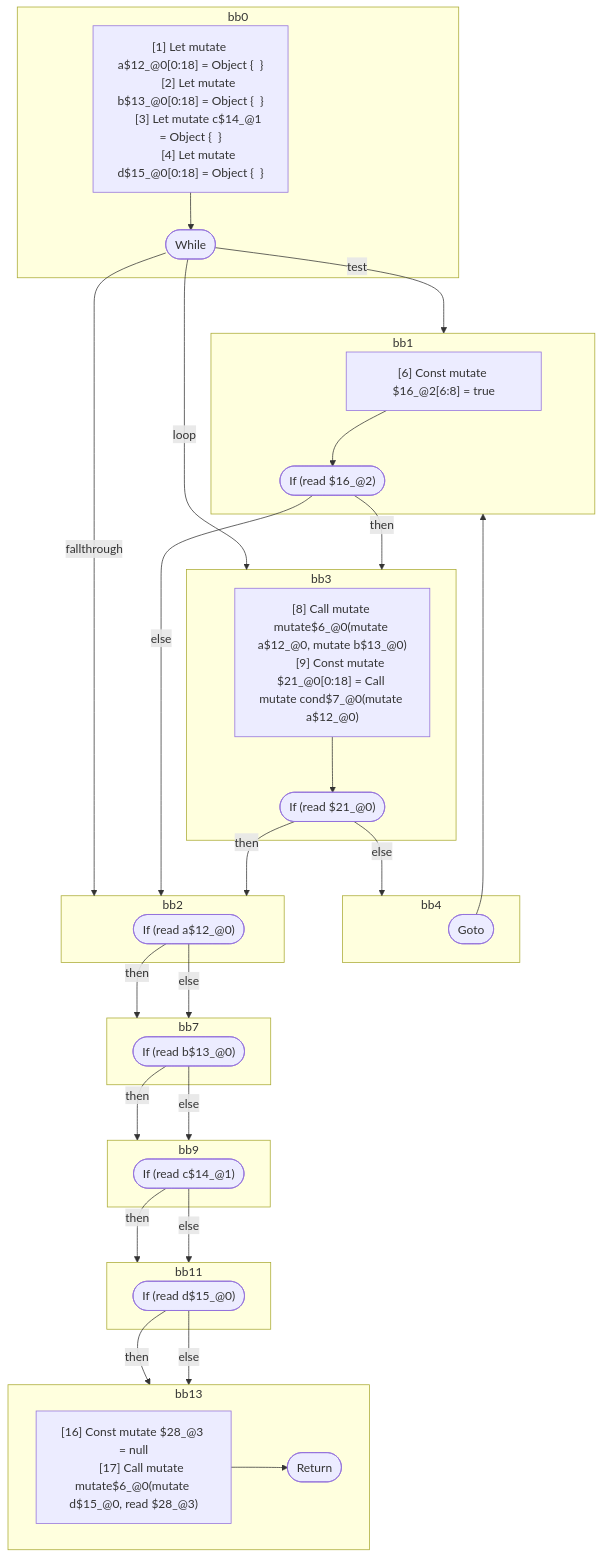
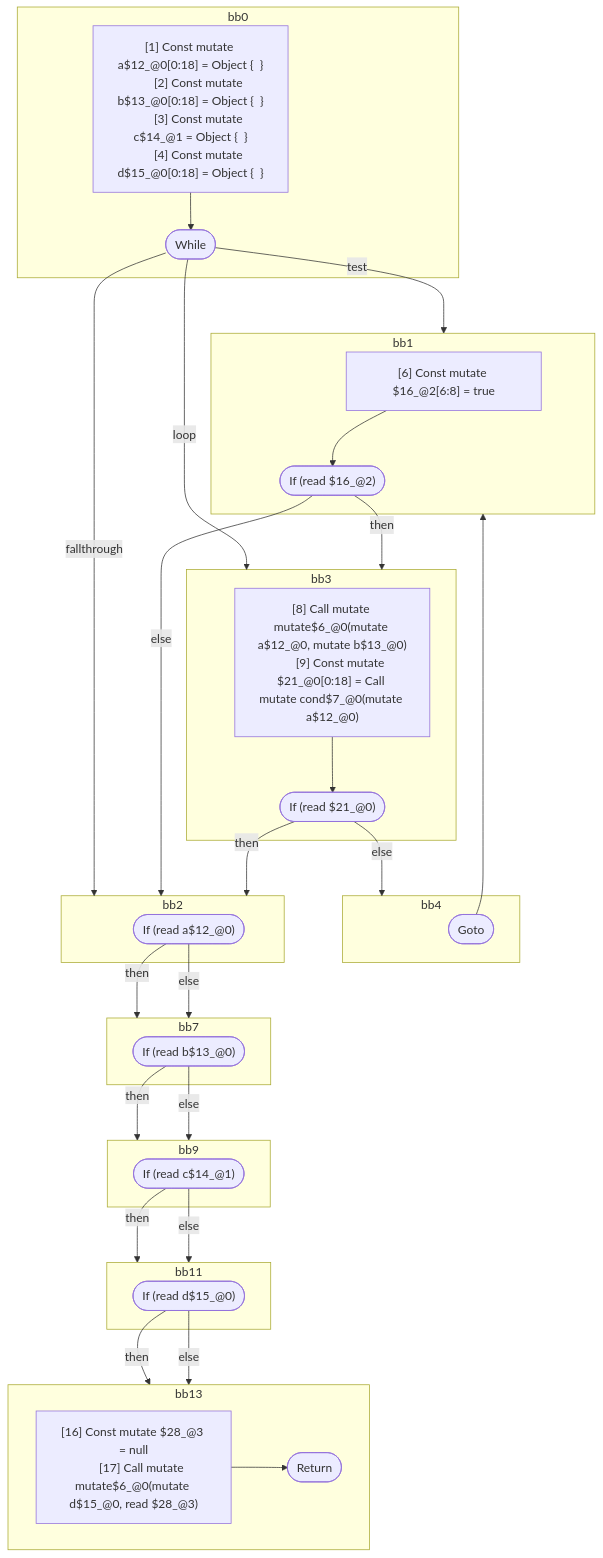
Before and after one commit to wutsmog/private: the third of 3 diagrams in compiler/forget/src/__tests__/fixtures/hir/mutable-liverange-loop.expect.md, drawn with Mermaid. The commit also changed other lines of this file and 61 other files, not shown here.

````diff
--- a/compiler/forget/src/__tests__/fixtures/hir/mutable-liverange-loop.expect.md
+++ b/compiler/forget/src/__tests__/fixtures/hir/mutable-liverange-loop.expect.md
@@ -134,67 +134,67 @@
 ```mermaid
 flowchart TB
   %% Basic Blocks
   subgraph bb0
     bb0_instrs["
-      [1] Let mutate a$12_@0[0:18] = Object {  }
-      [2] Let mutate b$13_@0[0:18] = Object {  }
-      [3] Let mutate c$14_@1 = Object {  }
-      [4] Let mutate d$15_@0[0:18] = Object {  }
+      [1] Const mutate a$12_@0[0:18] = Object {  }
+      [2] Const mutate b$13_@0[0:18] = Object {  }
+      [3] Const mutate c$14_@1 = Object {  }
+      [4] Const mutate d$15_@0[0:18] = Object {  }
     "]
     bb0_instrs --> bb0_terminal(["While"])
   end
   subgraph bb1
     bb1_instrs["
       [6] Const mutate $16_@2[6:8] = true
     "]
     bb1_instrs --> bb1_terminal(["If (read $16_@2)"])
   end
   subgraph bb3
     bb3_instrs["
       [8] Call mutate mutate$6_@0(mutate a$12_@0, mutate b$13_@0)
       [9] Const mutate $21_@0[0:18] = Call mutate cond$7_@0(mutate a$12_@0)
     "]
     bb3_instrs --> bb3_terminal(["If (read $21_@0)"])
   end
   subgraph bb4
     bb4_terminal(["Goto"])
   end
   subgraph bb2
     bb2_terminal(["If (read a$12_@0)"])
   end
   subgraph bb7
     bb7_terminal(["If (read b$13_@0)"])
   end
   subgraph bb9
     bb9_terminal(["If (read c$14_@1)"])
   end
   subgraph bb11
     bb11_terminal(["If (read d$15_@0)"])
   end
   subgraph bb13
     bb13_instrs["
       [16] Const mutate $28_@3 = null
       [17] Call mutate mutate$6_@0(mutate d$15_@0, read $28_@3)
     "]
     bb13_instrs --> bb13_terminal(["Return"])
   end
 
   %% Jumps
   bb0_terminal -- "test" --> bb1
   bb0_terminal -- "loop" --> bb3
   bb0_terminal -- "fallthrough" --> bb2
   bb1_terminal -- "then" --> bb3
   bb1_terminal -- "else" --> bb2
   bb3_terminal -- "then" --> bb2
   bb3_terminal -- "else" --> bb4
   bb4_terminal --> bb1
   bb2_terminal -- "then" --> bb7
   bb2_terminal -- "else" --> bb7
   bb7_terminal -- "then" --> bb9
   bb7_terminal -- "else" --> bb9
   bb9_terminal -- "then" --> bb11
   bb9_terminal -- "else" --> bb11
   bb11_terminal -- "then" --> bb13
   bb11_terminal -- "else" --> bb13
 
 ```
````
